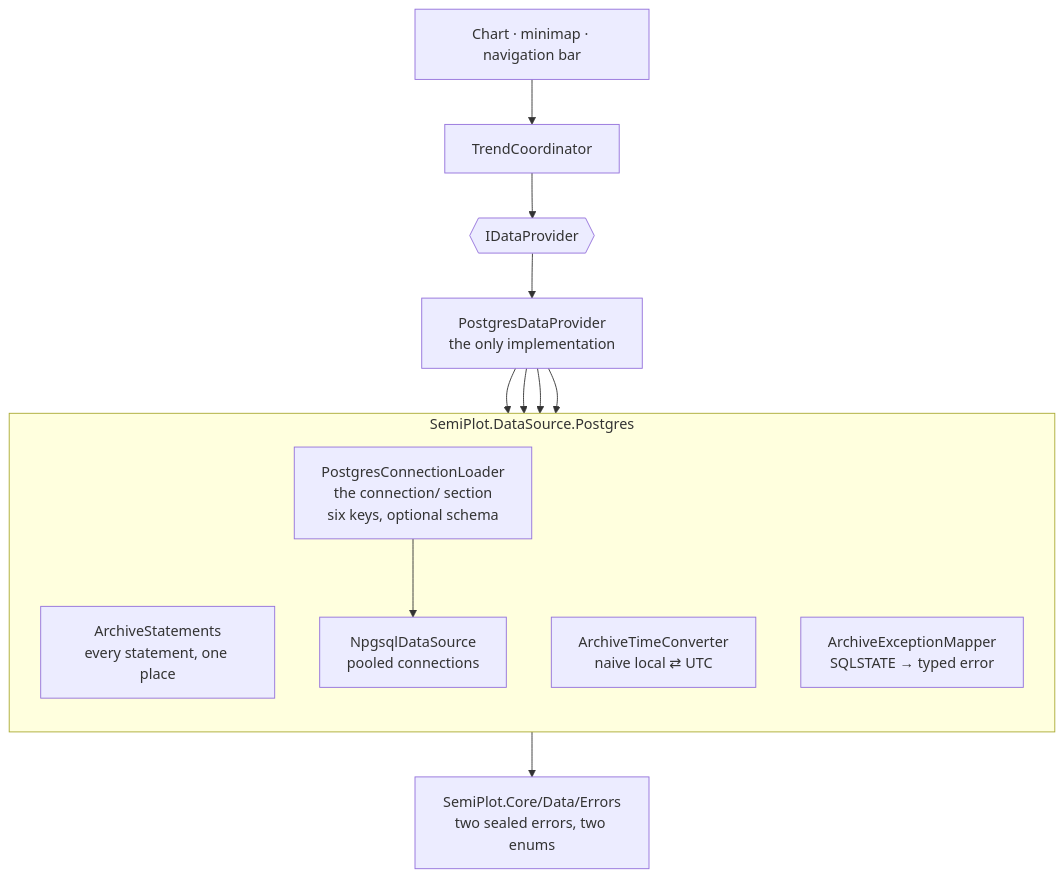
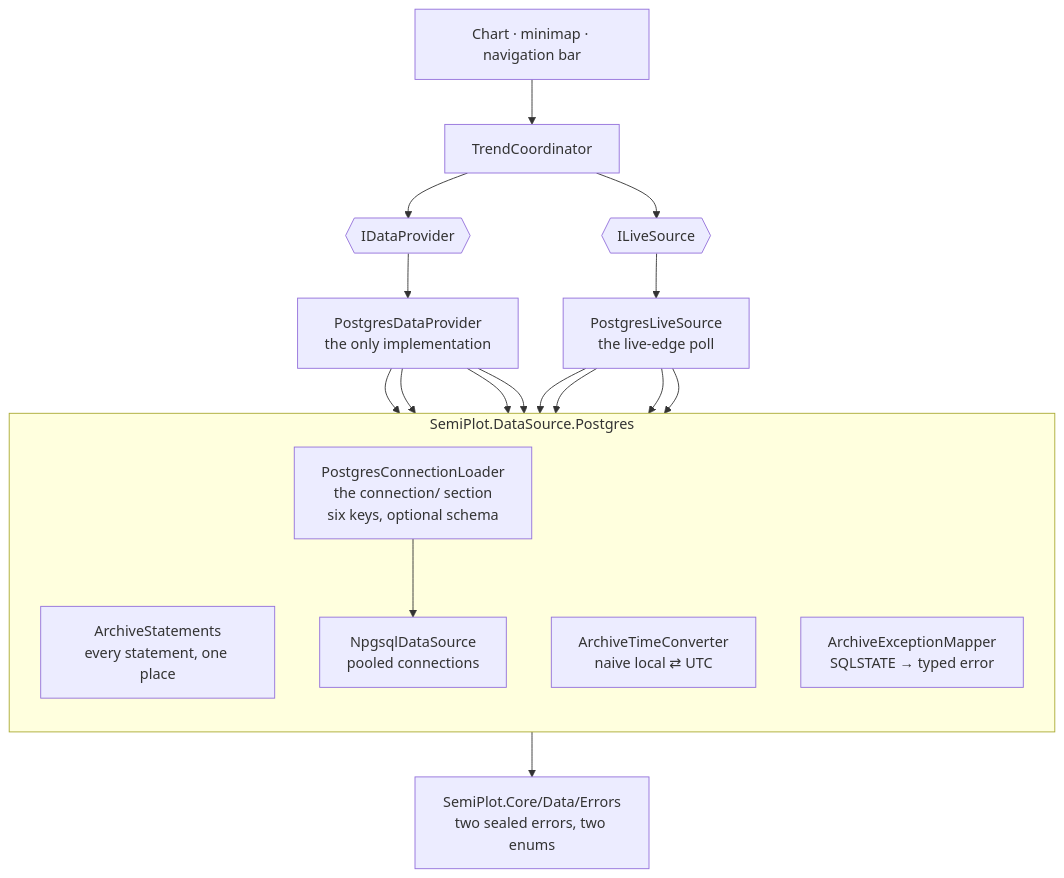
One commit to Semiteq/SemiPlot changed the third of 5 diagrams in docs/architecture/postgres-topology.md. Above: the diagram before and after it, drawn with Mermaid. The commit also changed other lines of this file and 32 other files, not shown here.

First line of the commit message:
refactor(data): read the live edge through a port (#143)

````diff
--- a/docs/architecture/postgres-topology.md
+++ b/docs/architecture/postgres-topology.md
@@ -102,27 +102,35 @@
 ```mermaid
 flowchart TB
     ui["Chart · minimap · navigation bar"]
     coord["TrendCoordinator"]
     iface{{"IDataProvider"}}
     pg["PostgresDataProvider<br/>the only implementation"]
+    live{{"ILiveSource"}}
+    poll["PostgresLiveSource<br/>the live-edge poll"]
 
     subgraph plumbing["SemiPlot.DataSource.Postgres"]
         direction TB
         stmts["ArchiveStatements<br/>every statement, one place"]
         ds["NpgsqlDataSource<br/>pooled connections"]
         conv["ArchiveTimeConverter<br/>naive local ⇄ UTC"]
         mapper["ArchiveExceptionMapper<br/>SQLSTATE → typed error"]
         loader["PostgresConnectionLoader<br/>the connection/ section<br/>six keys, optional schema"]
     end
 
     errs["SemiPlot.Core/Data/Errors<br/>two sealed errors, two enums"]
 
     ui --> coord --> iface
+    coord --> live
     iface --> pg
+    live --> poll
     pg --> stmts
     pg --> ds
     pg --> conv
     pg --> mapper
+    poll --> stmts
+    poll --> ds
+    poll --> conv
+    poll --> mapper
     loader --> ds
     mapper --> errs
 ```
````
